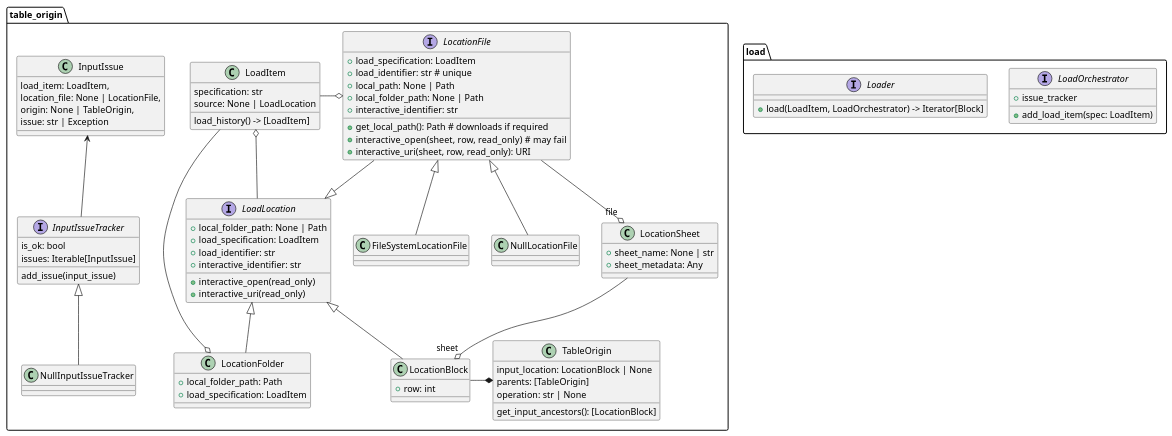
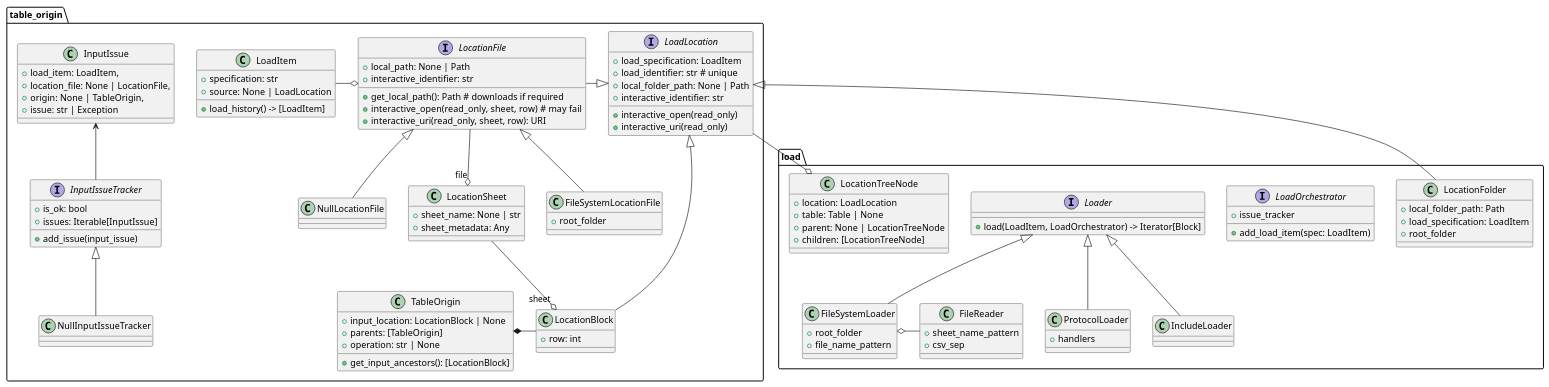
One commit to startable/pdtable changed the diagram in docs/diagrams/src/table_origin.puml. Above: the diagram before and after it, drawn with PlantUML. The commit also changed other lines of this file and 13 other files, not shown here.

```diff
--- a/docs/diagrams/src/table_origin.puml
+++ b/docs/diagrams/src/table_origin.puml
@@ -9,101 +9,127 @@
 @startuml Table Origin
 
+namespace table_origin {
+    class LoadItem  {
+        + specification: str
+        + source: None | LoadLocation
+        + load_history() -> [LoadItem]
+    }
+
+    ' LoadItem o-- LoadLocation
+    LoadLocation <|-- LocationBlock
+
+    interface LoadLocation {
+        + load_specification: LoadItem
+        + load_identifier: str # unique
+        + local_folder_path: None | Path
+        + interactive_identifier: str
+        + interactive_open(read_only)
+        + interactive_uri(read_only)
+    }
+
+    interface LocationFile {
+        + local_path: None | Path
+        + get_local_path(): Path # downloads if required
+        + interactive_open(read_only, sheet, row)  # may fail
+        + interactive_uri(read_only, sheet, row): URI
+        + interactive_identifier: str
+    }
+
+    class FileSystemLocationFile {
+        + root_folder
+    }
+    LocationFile <|-- FileSystemLocationFile
+    LocationFile <|-- NullLocationFile
+    LocationFile -|> LoadLocation
+
+    LoadItem  -o LocationFile
+
+    class LocationSheet {
+        + sheet_name: None | str
+        + sheet_metadata: Any
+    }
+
+    LocationFile --o "file" LocationSheet
+
+    class LocationBlock {
+        + row: int
+    }
+
+    LocationSheet --o "sheet" LocationBlock
+
+    class TableOrigin {
+        + input_location: LocationBlock | None
+        + parents: [TableOrigin]
+        + operation: str | None
+        + get_input_ancestors(): [LocationBlock]
+    }
+
+    TableOrigin *- LocationBlock
+
+    class InputIssue {
+        + load_item: LoadItem,
+        + location_file: None | LocationFile,
+        + origin: None | TableOrigin,
+        + issue: str | Exception
+    }
+
+    interface InputIssueTracker {
+        + add_issue(input_issue)
+        + is_ok: bool
+        + issues: Iterable[InputIssue]
+    }
+
+    InputIssue <-- InputIssueTracker
+
+    InputIssueTracker <|-- NullInputIssueTracker
+
+}
+
 namespace load {
+    class LocationFolder {
+        + local_folder_path: Path
+        + load_specification: LoadItem
+        + root_folder
+    }
+    table_origin.LoadLocation <|- LocationFolder
+
     interface LoadOrchestrator {
         + add_load_item(spec: LoadItem)
         + issue_tracker
     }
 
     interface Loader {
         + load(LoadItem, LoadOrchestrator) -> Iterator[Block]
     }
-}
 
-
-namespace table_origin {
-    class LoadItem  {
-        specification: str
-        source: None | LoadLocation
-        load_history() -> [LoadItem]
+    class FileSystemLoader {
+        + root_folder
+        + file_name_pattern
     }
 
-    class LocationFolder {
-        + local_folder_path: Path
-        + load_specification: LoadItem
+    class ProtocolLoader {
+        + handlers
     }
 
-    LoadItem o-- LoadLocation
-    LoadLocation <|-- LocationBlock
-    LoadLocation <|-- LocationFolder
+    Loader <|-- ProtocolLoader
+    Loader <|-- FileSystemLoader
+    Loader <|-- IncludeLoader
 
-    LoadItem --o LocationFolder
-
-    interface LoadLocation {
-        + local_folder_path: None | Path
-        + load_specification: LoadItem
-        + load_identifier: str
-        + interactive_identifier: str
-        + interactive_open(read_only)
-        + interactive_uri(read_only)
+    class FileReader {
+        + sheet_name_pattern
+        + csv_sep
     }
 
-    interface LocationFile {
-        + load_specification: LoadItem 
-        + load_identifier: str # unique
-        + local_path: None | Path
-        + local_folder_path: None | Path
-        + get_local_path(): Path # downloads if required
-        + interactive_open(sheet, row, read_only)  # may fail
-        + interactive_uri(sheet, row, read_only): URI
-        + interactive_identifier: str 
+    FileSystemLoader o- FileReader
+
+    class LocationTreeNode {
+        + location: LoadLocation
+        + table: Table | None
+        + parent: None | LocationTreeNode
+        + children: [LocationTreeNode]
     }
 
-    LocationFile <|-- FileSystemLocationFile
-    LocationFile <|-- NullLocationFile
-    LocationFile --|> LoadLocation
+    table_origin.LoadLocation --o LocationTreeNode
 
-    LoadItem  -o LocationFile
-
-    class LocationSheet {
-    + sheet_name: None | str
-    + sheet_metadata: Any
-    }
-
-    LocationFile --o "file" LocationSheet
-
-    class LocationBlock {
-    + row: int
-    }
-
-    LocationSheet --o "sheet" LocationBlock
-
-
-    class TableOrigin {
-        input_location: LocationBlock | None
-        parents: [TableOrigin]
-        operation: str | None
-        get_input_ancestors(): [LocationBlock]
-    }
-
-    LocationBlock -* TableOrigin
-
-    class InputIssue {
-        load_item: LoadItem,
-        location_file: None | LocationFile,
-        origin: None | TableOrigin,
-        issue: str | Exception
-    }
-
-    interface InputIssueTracker {
-        add_issue(input_issue)
-        is_ok: bool
-        issues: Iterable[InputIssue]
-    }
-
-    InputIssue <-- InputIssueTracker
-
-    InputIssueTracker <|-- NullInputIssueTracker
 }
-
-
 @enduml
```
